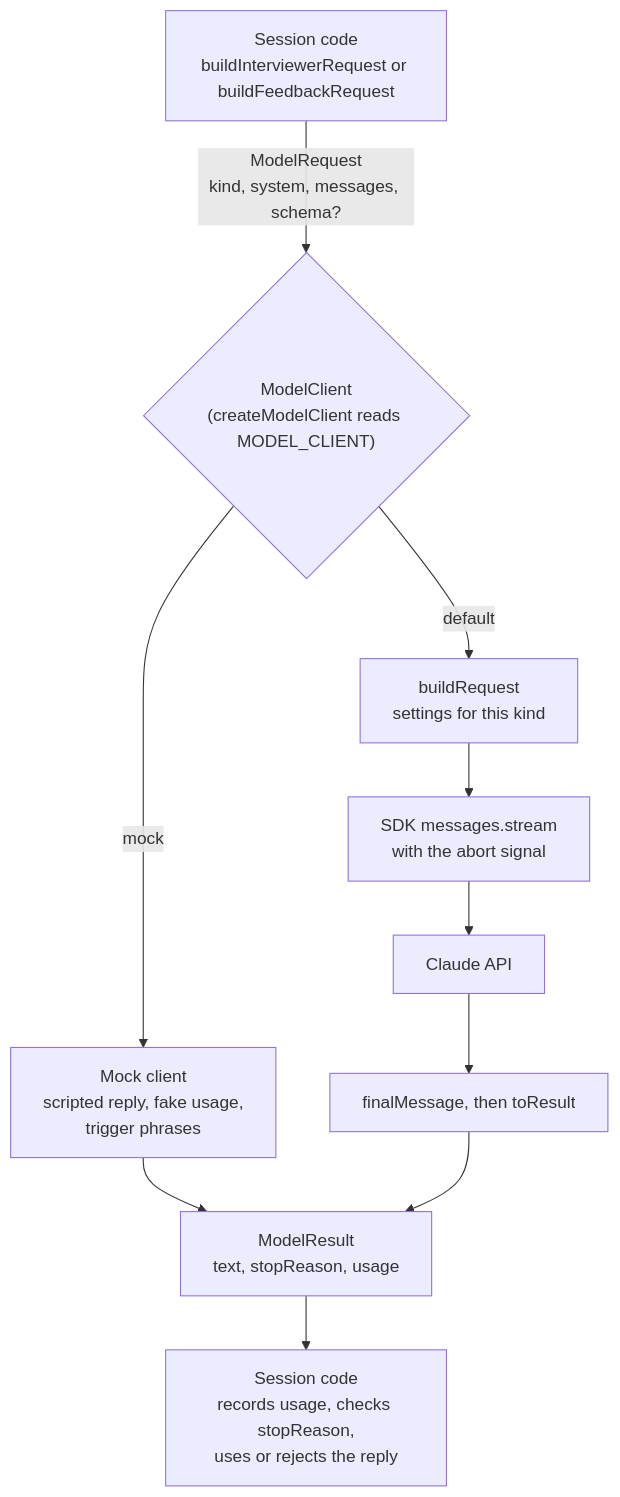
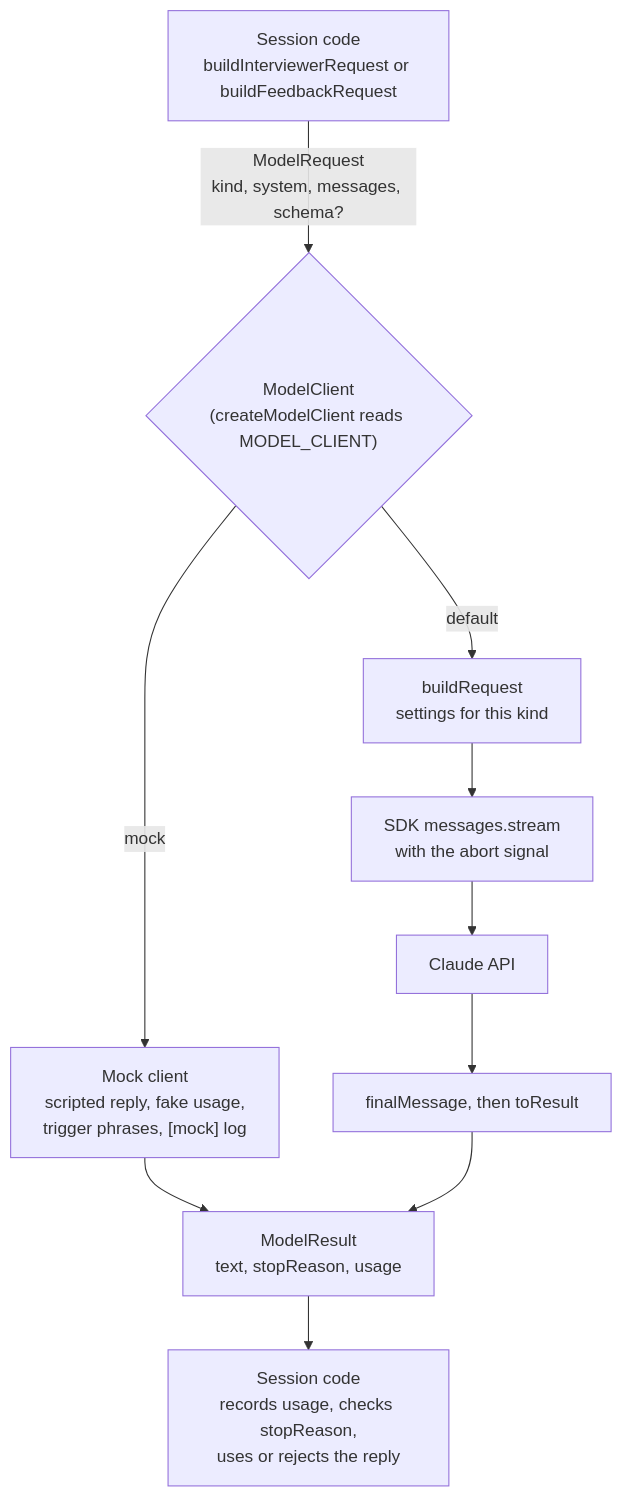
The diagram in docs/model-calls.md (kat-perreira/interview-buddy), drawn with Mermaid before and after one commit. The commit also changed 5 other files, not shown here.

````diff
--- a/docs/model-calls.md
+++ b/docs/model-calls.md
@@ -7,12 +7,12 @@
 ```mermaid
 flowchart TD
     A["Session code<br/>buildInterviewerRequest or buildFeedbackRequest"] -->|"ModelRequest<br/>kind, system, messages, schema?"| B{"ModelClient<br/>(createModelClient reads MODEL_CLIENT)"}
-    B -->|"mock"| M["Mock client<br/>scripted reply, fake usage,<br/>trigger phrases"]
+    B -->|"mock"| M["Mock client<br/>scripted reply, fake usage,<br/>trigger phrases, [mock] log"]
     B -->|"default"| C["buildRequest<br/>settings for this kind"]
     C --> D["SDK messages.stream<br/>with the abort signal"]
     D --> E["Claude API"]
     E --> F["finalMessage, then toResult"]
     M --> R
     F --> R["ModelResult<br/>text, stopReason, usage"]
     R --> S["Session code<br/>records usage, checks stopReason,<br/>uses or rejects the reply"]
 ```
````
